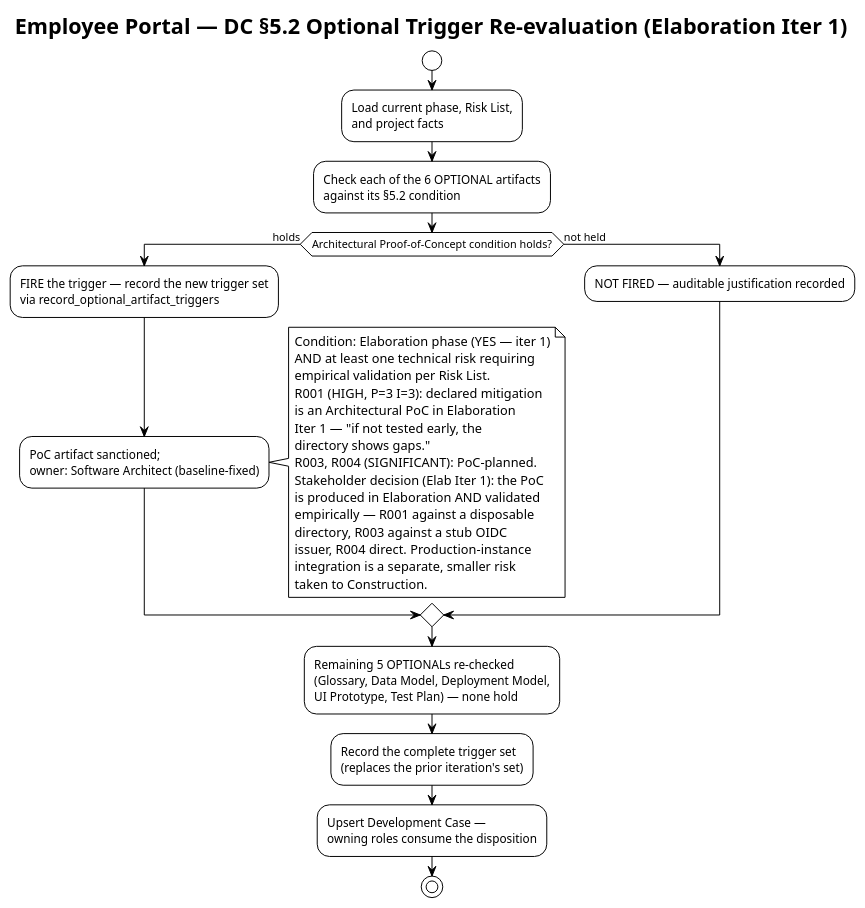
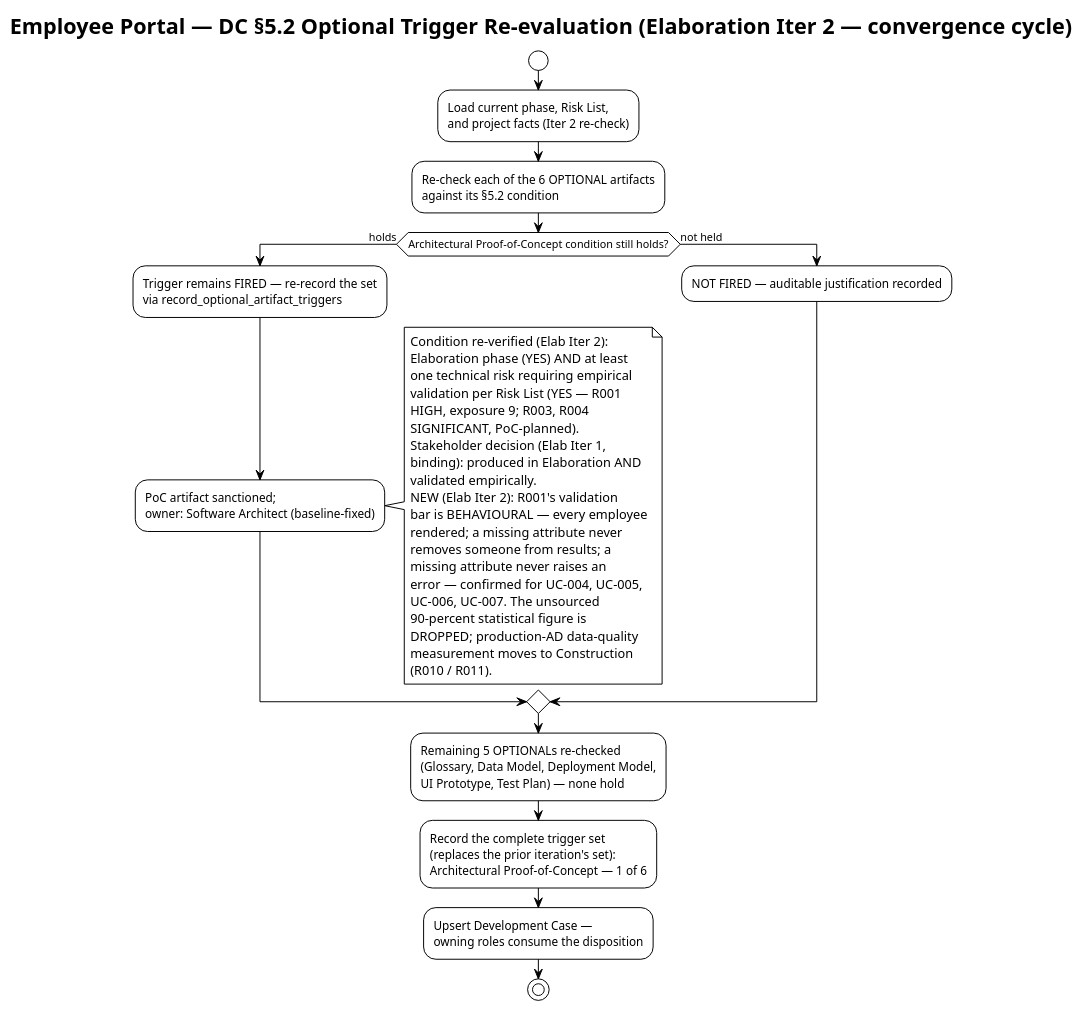
Before and after one commit to banense-test/employee-portal: the second of 4 diagrams in docs/artifacts/environment/development-case.md, drawn with PlantUML. The commit also changed other lines of this file, not shown here.

````diff
--- a/docs/artifacts/environment/development-case.md
+++ b/docs/artifacts/environment/development-case.md
@@ -144,43 +140,49 @@
 ```plantuml
 @startuml
 !theme plain
-title Employee Portal — DC §5.2 Optional Trigger Re-evaluation (Elaboration Iter 1)
+title Employee Portal — DC §5.2 Optional Trigger Re-evaluation (Elaboration Iter 2 — convergence cycle)
 
 start
 :Load current phase, Risk List,
-and project facts;
-:Check each of the 6 OPTIONAL artifacts
+and project facts (Iter 2 re-check);
+:Re-check each of the 6 OPTIONAL artifacts
 against its §5.2 condition;
-if (Architectural Proof-of-Concept condition holds?) then (holds)
-  :FIRE the trigger — record the new trigger set\nvia record_optional_artifact_triggers;
+if (Architectural Proof-of-Concept condition still holds?) then (holds)
+  :Trigger remains FIRED — re-record the set\nvia record_optional_artifact_triggers;
   :PoC artifact sanctioned;\nowner: Software Architect (baseline-fixed);
   note right
-    Condition: Elaboration phase (YES — iter 1)
-    AND at least one technical risk requiring
-    empirical validation per Risk List.
-    R001 (HIGH, P=3 I=3): declared mitigation
-    is an Architectural PoC in Elaboration
-    Iter 1 — "if not tested early, the
-    directory shows gaps."
-    R003, R004 (SIGNIFICANT): PoC-planned.
-    Stakeholder decision (Elab Iter 1): the PoC
-    is produced in Elaboration AND validated
-    empirically — R001 against a disposable
-    directory, R003 against a stub OIDC
-    issuer, R004 direct. Production-instance
-    integration is a separate, smaller risk
-    taken to Construction.
+    Condition re-verified (Elab Iter 2):
+    Elaboration phase (YES) AND at least
+    one technical risk requiring empirical
+    validation per Risk List (YES — R001
+    HIGH, exposure 9; R003, R004
+    SIGNIFICANT, PoC-planned).
+    Stakeholder decision (Elab Iter 1,
+    binding): produced in Elaboration AND
+    validated empirically.
+    NEW (Elab Iter 2): R001's validation
+    bar is BEHAVIOURAL — every employee
+    rendered; a missing attribute never
+    removes someone from results; a
+    missing attribute never raises an
+    error — confirmed for UC-004, UC-005,
+    UC-006, UC-007. The unsourced
+    90-percent statistical figure is
+    DROPPED; production-AD data-quality
+    measurement moves to Construction
+    (R010 / R011).
   end note
 else (not held)
   :NOT FIRED — auditable justification recorded;
 endif
 :Remaining 5 OPTIONALs re-checked
 (Glossary, Data Model, Deployment Model,
 UI Prototype, Test Plan) — none hold;
 :Record the complete trigger set
-(replaces the prior iteration's set);
+(replaces the prior iteration's set):
+Architectural Proof-of-Concept — 1 of 6;
 :Upsert Development Case —
 owning roles consume the disposition;
 stop
 @enduml
 ```
````
